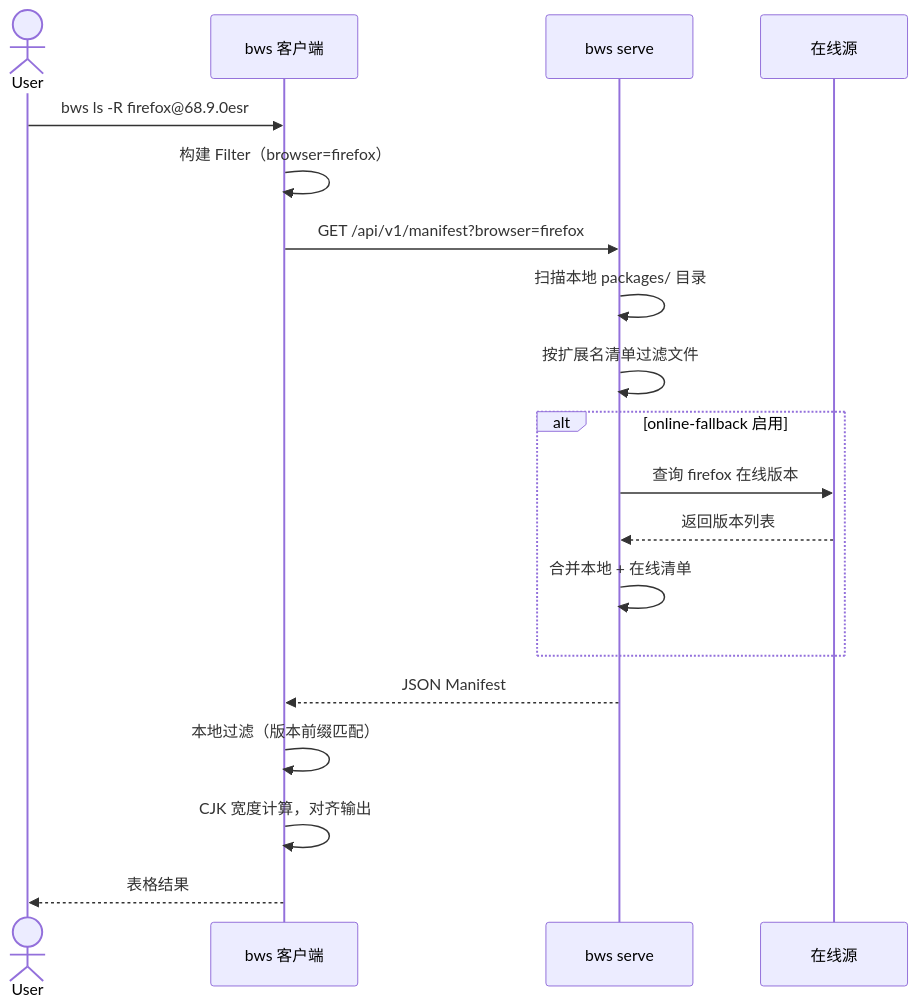
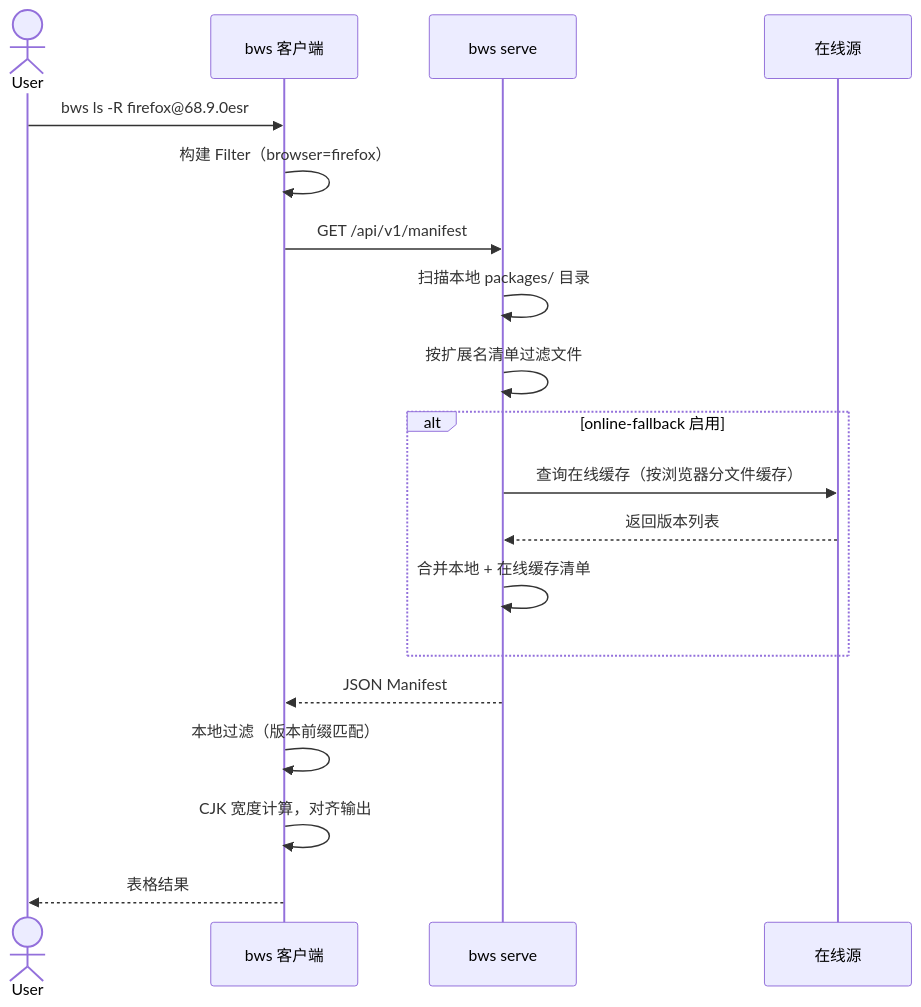
One commit to hyjiacan/browser-workshop changed the second of 11 diagrams in docs/guide/design.md. Above: the diagram before and after it, drawn with Mermaid. The commit also changed other lines of this file and 47 other files, not shown here.

````diff
--- a/docs/guide/design.md
+++ b/docs/guide/design.md
@@ -95,22 +89,22 @@
 ```mermaid
 sequenceDiagram
     actor User
     participant Client as bws 客户端
     participant Serve as bws serve
     participant Online as 在线源
 
     User->>Client: bws ls -R firefox@68.9.0esr
     Client->>Client: 构建 Filter（browser=firefox）
-    Client->>Serve: GET /api/v1/manifest?browser=firefox
+    Client->>Serve: GET /api/v1/manifest
     Serve->>Serve: 扫描本地 packages/ 目录
     Serve->>Serve: 按扩展名清单过滤文件
     alt online-fallback 启用
-        Serve->>Online: 查询 firefox 在线版本
+        Serve->>Online: 查询在线缓存（按浏览器分文件缓存）
         Online-->>Serve: 返回版本列表
-        Serve->>Serve: 合并本地 + 在线清单
+        Serve->>Serve: 合并本地 + 在线缓存清单
     end
     Serve-->>Client: JSON Manifest
     Client->>Client: 本地过滤（版本前缀匹配）
     Client->>Client: CJK 宽度计算，对齐输出
     Client-->>User: 表格结果
 ```
````
